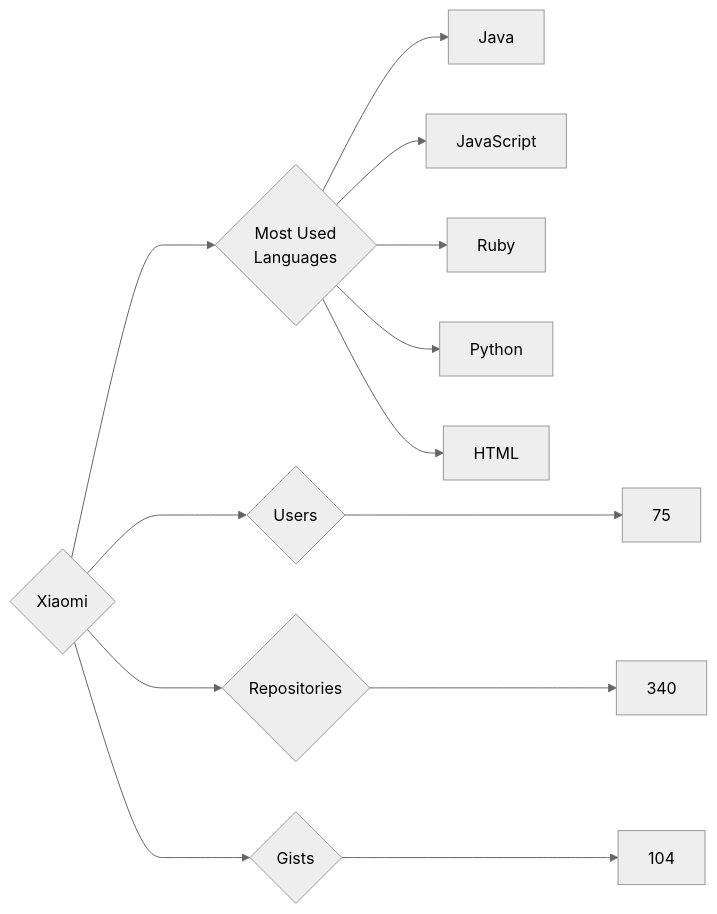
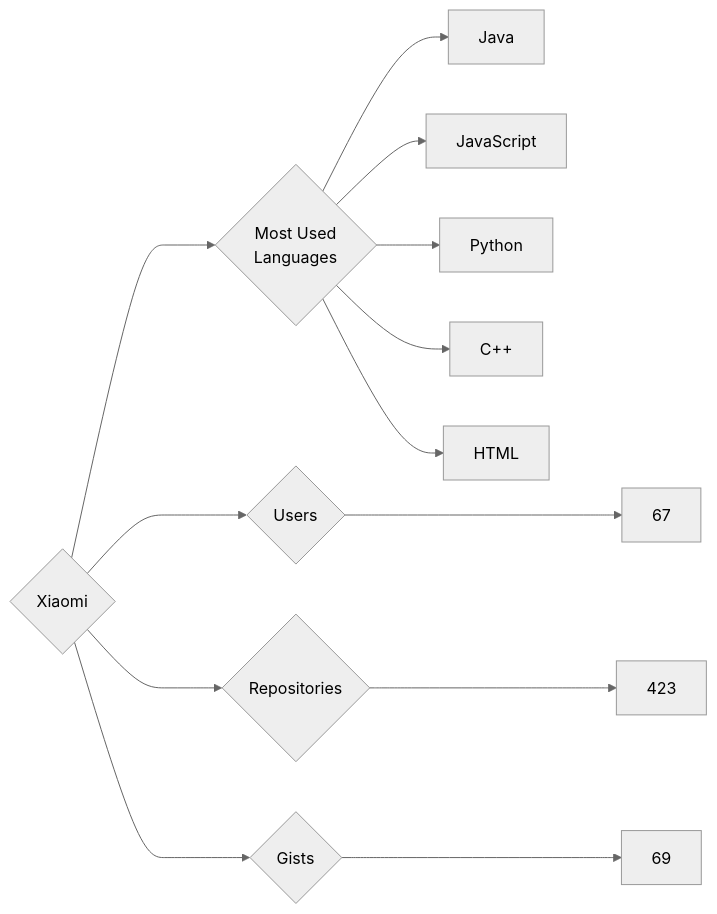
Before and after one commit to trickest/insiders: the diagram in targets/Xiaomi/README.md, drawn with Mermaid (neutral theme). The commit also changed 877 other files, not shown here.

````diff
--- a/targets/Xiaomi/README.md
+++ b/targets/Xiaomi/README.md
@@ -3,13 +3,13 @@
 ```mermaid
 graph LR
 COMPANY_NAME{Xiaomi}
-COMPANY_NAME ---> U{Users} ---> UN[75]
-COMPANY_NAME ---> R{Repositories} ---> RN[340]
-COMPANY_NAME ---> G{Gists} ---> GN[104]
+COMPANY_NAME ---> U{Users} ---> UN[67]
+COMPANY_NAME ---> R{Repositories} ---> RN[423]
+COMPANY_NAME ---> G{Gists} ---> GN[69]
 COMPANY_NAME ---> ML{Most Used<br>Languages}
 ML --> Java[Java]
 ML --> JavaScript[JavaScript]
-ML --> Ruby[Ruby]
 ML --> Python[Python]
+ML --> C++[C++]
 ML --> HTML[HTML]
 ```
````
